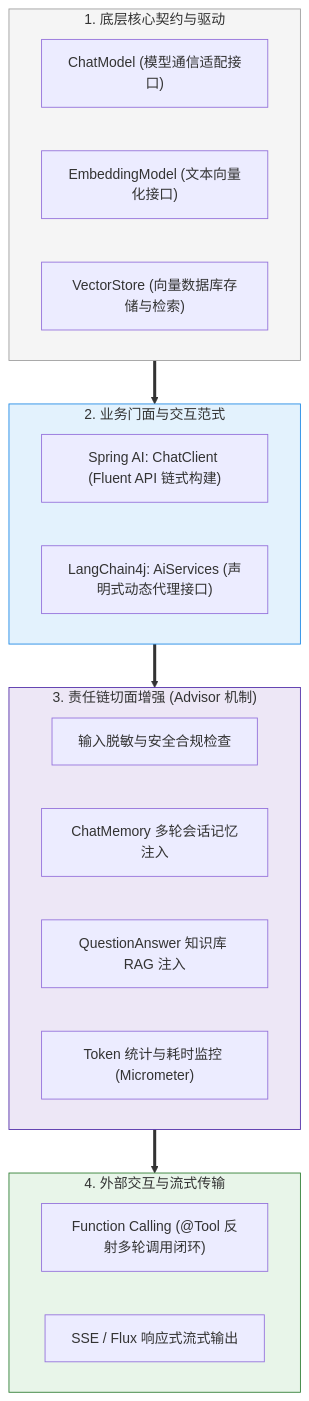
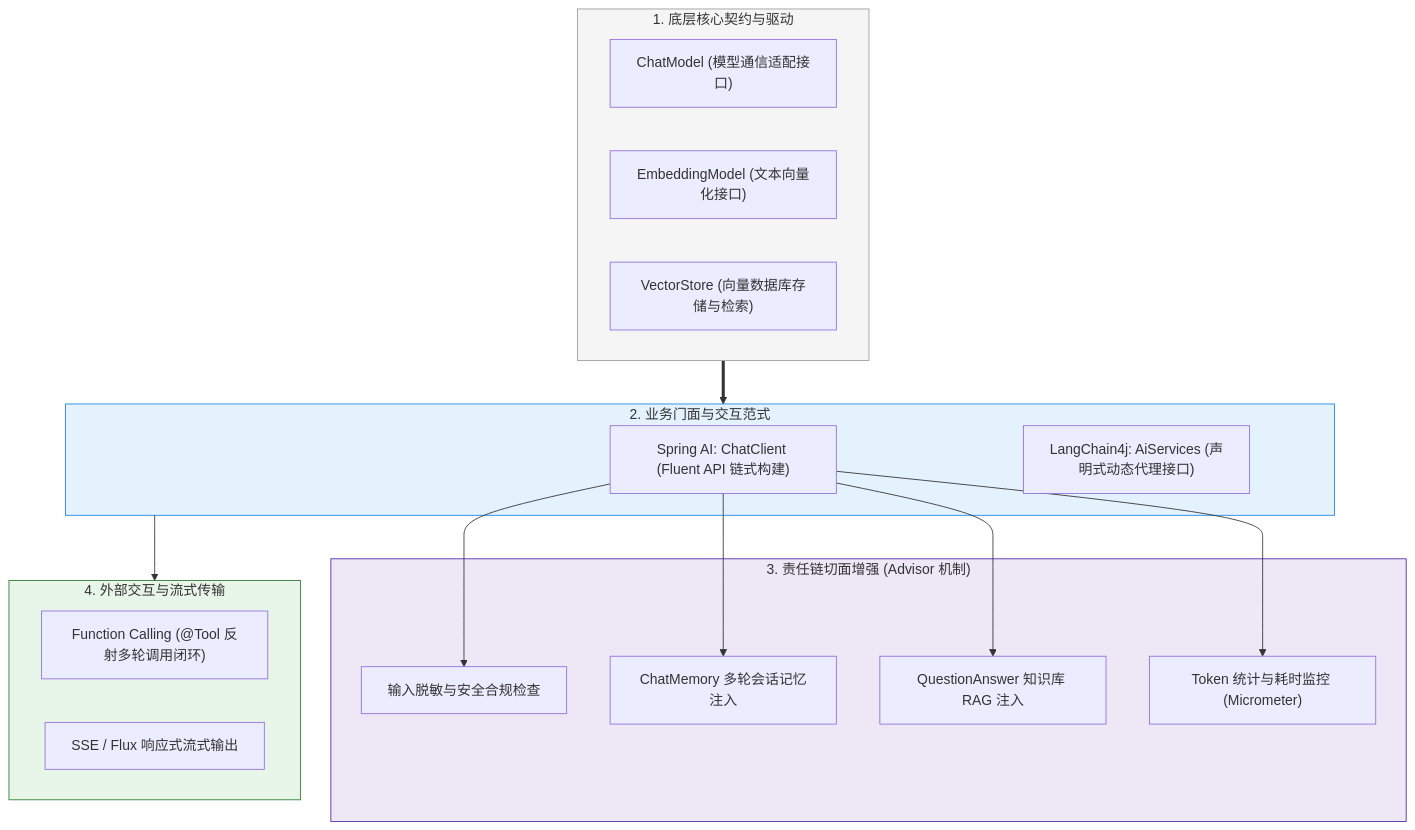
The diagram in 10-AI应用开发/02-框架-SpringAI与LangChain4j/99-本章总结与复习.md (GuoWWWX/knowledge-base), drawn with Mermaid before and after one commit. The commit also changed other lines of this file and 368 other files, not shown here.

````diff
--- a/10-AI应用开发/02-框架-SpringAI与LangChain4j/99-本章总结与复习.md
+++ b/10-AI应用开发/02-框架-SpringAI与LangChain4j/99-本章总结与复习.md
@@ -24,34 +24,37 @@
 ```mermaid
 graph TD
     subgraph Core["1. 底层核心契约与驱动"]
         CM["ChatModel (模型通信适配接口)"]
         EM["EmbeddingModel (文本向量化接口)"]
         VS["VectorStore (向量数据库存储与检索)"]
     end
 
     subgraph Facade["2. 业务门面与交互范式"]
         CC["Spring AI: ChatClient (Fluent API 链式构建)"]
         AI_SVC["LangChain4j: AiServices (声明式动态代理接口)"]
     end
 
     subgraph AOP["3. 责任链切面增强 (Advisor 机制)"]
         ADV1["输入脱敏与安全合规检查"]
         ADV2["ChatMemory 多轮会话记忆注入"]
         ADV3["QuestionAnswer 知识库 RAG 注入"]
         ADV4["Token 统计与耗时监控 (Micrometer)"]
     end
 
     subgraph Ext["4. 外部交互与流式传输"]
         Tool["Function Calling (@Tool 反射多轮调用闭环)"]
         SSE["SSE / Flux 响应式流式输出"]
     end
 
     Core ==> Facade
-    Facade ==> AOP
-    AOP ==> Ext
+    CC --> ADV1
+    CC --> ADV2
+    CC --> ADV3
+    CC --> ADV4
+    Facade --> Ext
 
     style Core fill:#f5f5f5,stroke:#9e9e9e,stroke-width:1px
     style Facade fill:#e3f2fd,stroke:#1e88e5,stroke-width:1px
     style AOP fill:#ede7f6,stroke:#512da8,stroke-width:1px
     style Ext fill:#e8f5e9,stroke:#2e7d32,stroke-width:1px
 ```
````
